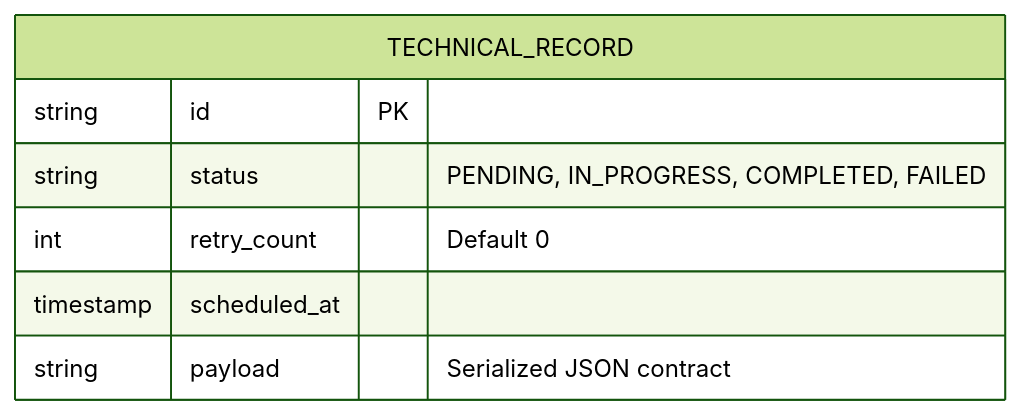
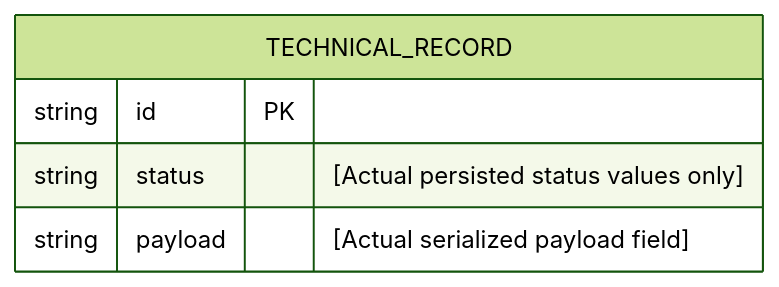
One commit to khinemyaezin/grab changed the fifth of 5 diagrams in docs/templates/tech-spec-template.md. Above: the diagram before and after it, drawn with Mermaid (forest theme). The commit also changed other lines of this file and 47 other files, not shown here.

````diff
--- a/docs/templates/tech-spec-template.md
+++ b/docs/templates/tech-spec-template.md
@@ -166,10 +164,8 @@
 ```mermaid
 erDiagram
     TECHNICAL_RECORD {
         string id PK
-        string status "PENDING, IN_PROGRESS, COMPLETED, FAILED"
-        int retry_count "Default 0"
-        timestamp scheduled_at
-        string payload "Serialized JSON contract"
+        string status "[Actual persisted status values only]"
+        string payload "[Actual serialized payload field]"
     }
 ```
````
